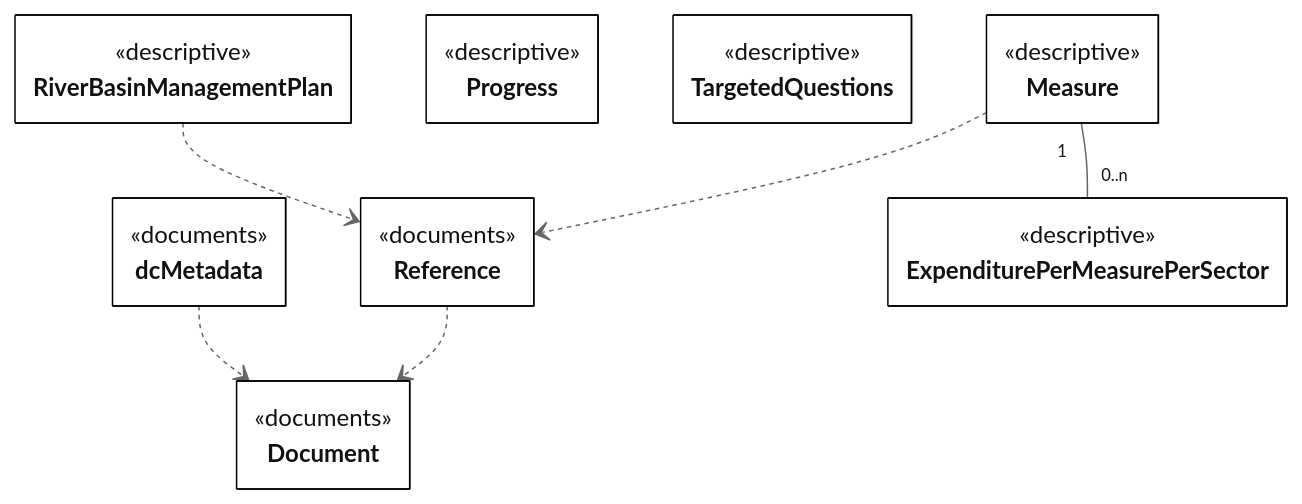
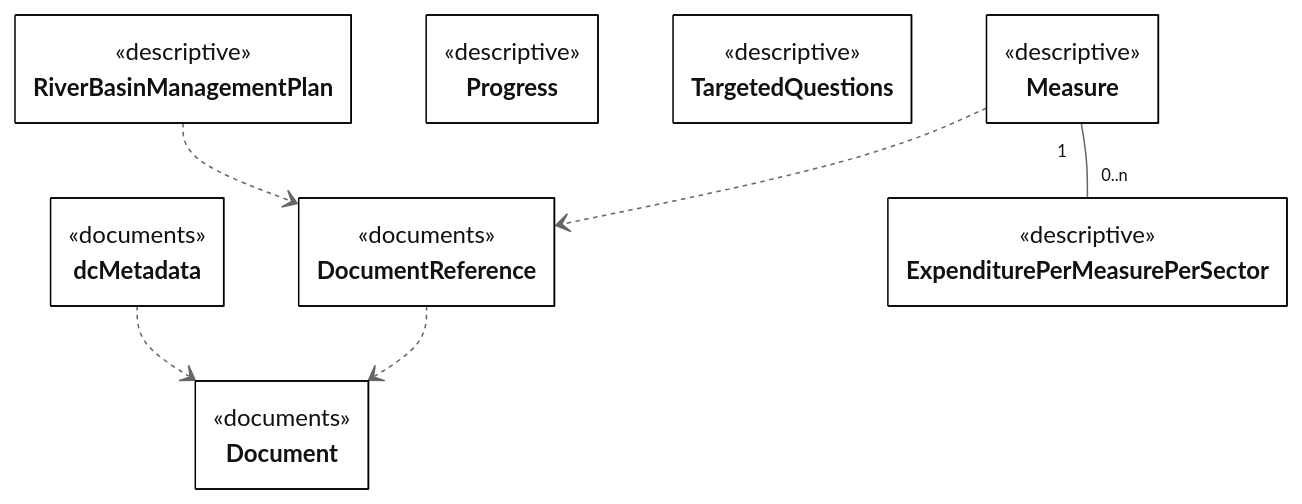
Before and after one commit to eeadata/WISE.WFD.Documentation: the diagram in docs/DataModelReview/mmd/Measures_4thCycle_Overview_ClassDiagram.mmd, drawn with Mermaid. The commit also changed 14 other files, not shown here.

First line of the commit message:
Correcting typo in the DocumentReference table name.

```diff
--- a/docs/DataModelReview/mmd/Measures_4thCycle_Overview_ClassDiagram.mmd
+++ b/docs/DataModelReview/mmd/Measures_4thCycle_Overview_ClassDiagram.mmd
@@ -1,28 +1,28 @@
 ---
 config:
   class:
     hideEmptyMembersBox: true
   layout: dagre
   theme: neutral
 ---
 classDiagram
 direction TB
 
 class dcMetadata{<<documents>>}
-class Reference{<<documents>>}
+class DocumentReference{<<documents>>}
 class Document {<<documents>>}
 class RiverBasinManagementPlan{<<descriptive>>}
 class Progress{<<descriptive>>}
 class TargetedQuestions{<<descriptive>>}
 class Measure{<<descriptive>>}
 class ExpenditurePerMeasurePerSector{<<descriptive>>}
 
 dcMetadata ..> Document
-Reference ..> Document
-RiverBasinManagementPlan ..> Reference
-Measure ..> Reference
+DocumentReference ..> Document
+RiverBasinManagementPlan ..> DocumentReference
+Measure ..> DocumentReference
 
 Measure "1" -- "0..n" ExpenditurePerMeasurePerSector 
 
 classDef default fill:white,stroke:#000;
 classDef forFixing fill:white,stroke:#f00;
```
